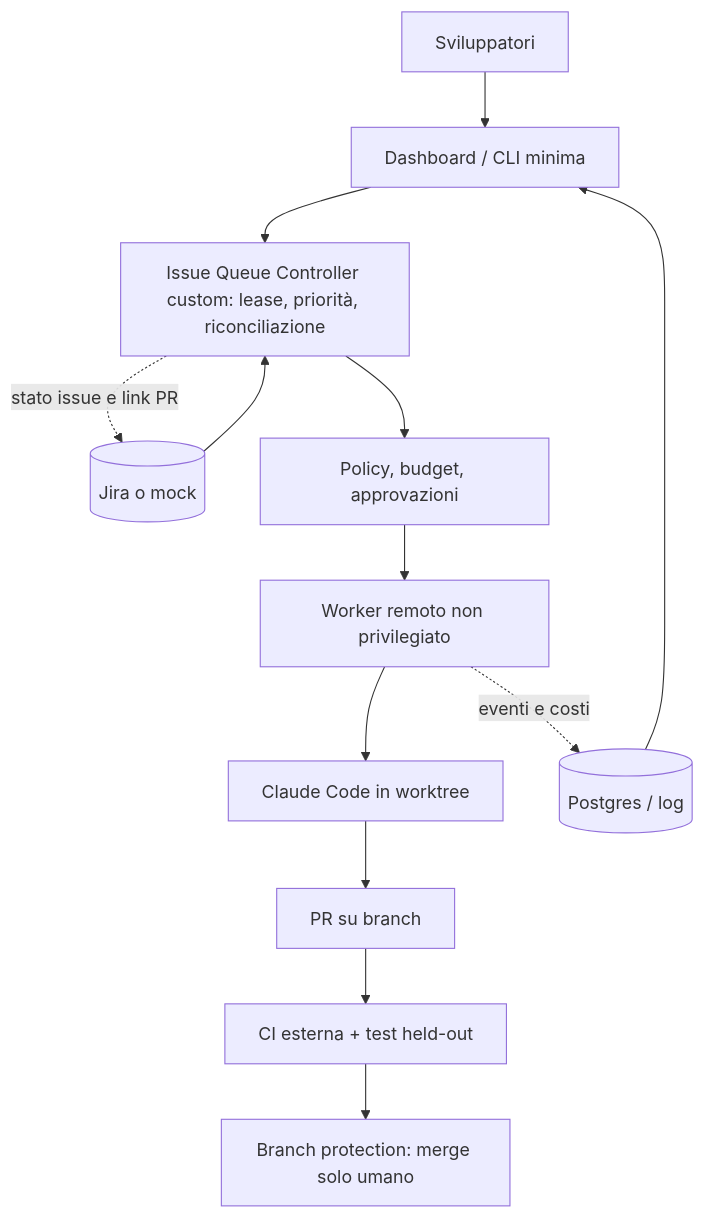
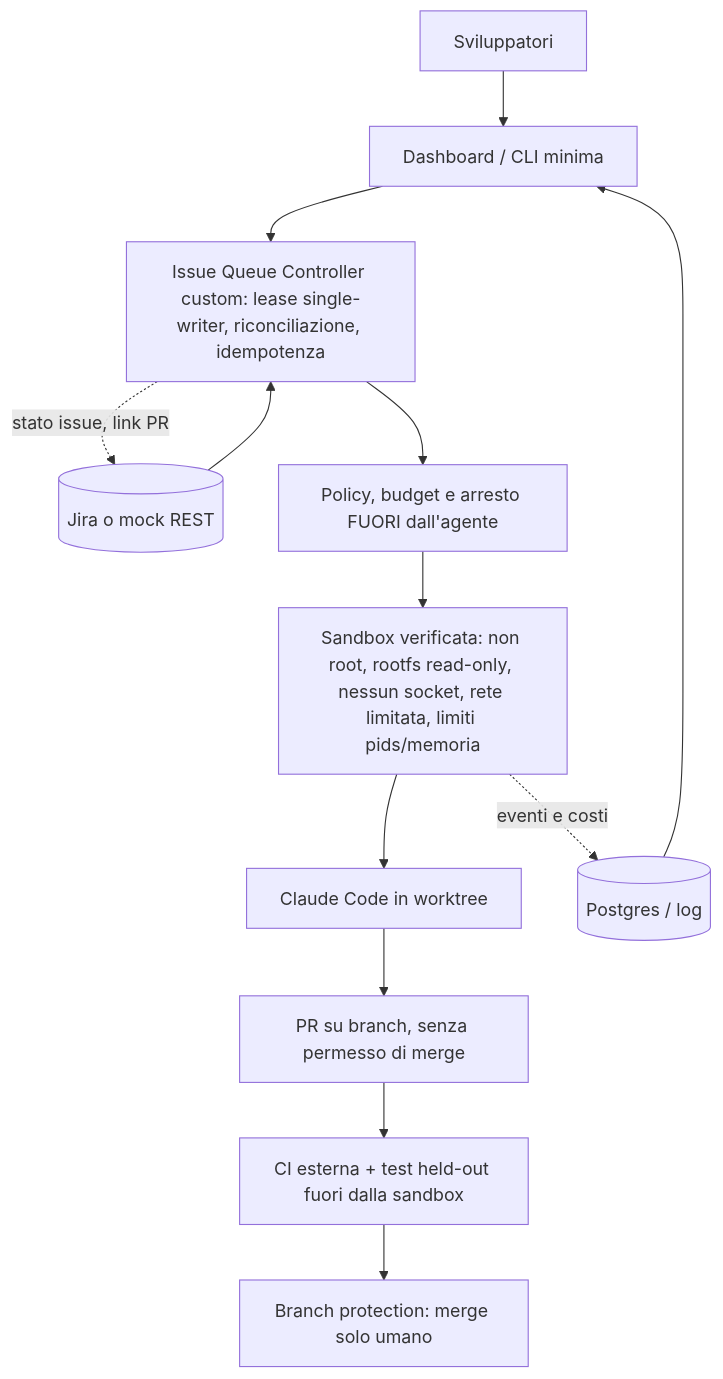
Before and after one commit to dibbiii/team-agent-evaluation: the diagram in reports/FINAL-RECOMMENDATION.md, drawn with Mermaid. The commit also changed other lines of this file and 4 other files, not shown here.

````diff
--- a/reports/FINAL-RECOMMENDATION.md
+++ b/reports/FINAL-RECOMMENDATION.md
@@ -48,15 +59,15 @@
 ```mermaid
 flowchart TB
   Dev[Sviluppatori] --> UI[Dashboard / CLI minima]
-  Jira[(Jira o mock)] --> QC[Issue Queue Controller custom: lease, priorità, riconciliazione]
+  Jira[(Jira o mock REST)] --> QC[Issue Queue Controller custom: lease single-writer, riconciliazione, idempotenza]
   UI --> QC
-  QC --> POL[Policy, budget, approvazioni]
-  POL --> WK[Worker remoto non privilegiato]
-  WK --> CC[Claude Code in worktree]
-  CC --> PR[PR su branch]
-  PR --> CI[CI esterna + test held-out]
+  QC --> POL[Policy, budget e arresto FUORI dall'agente]
+  POL --> SBX[Sandbox verificata: non root, rootfs read-only, nessun socket, rete limitata, limiti pids/memoria]
+  SBX --> CC[Claude Code in worktree]
+  CC --> PR[PR su branch, senza permesso di merge]
+  PR --> CI[CI esterna + test held-out fuori dalla sandbox]
   CI --> BP[Branch protection: merge solo umano]
-  QC -. stato issue e link PR .-> Jira
-  WK -. eventi e costi .-> OBS[(Postgres / log)]
+  QC -. stato issue, link PR .-> Jira
+  SBX -. eventi e costi .-> OBS[(Postgres / log)]
   OBS --> UI
 ```
````
